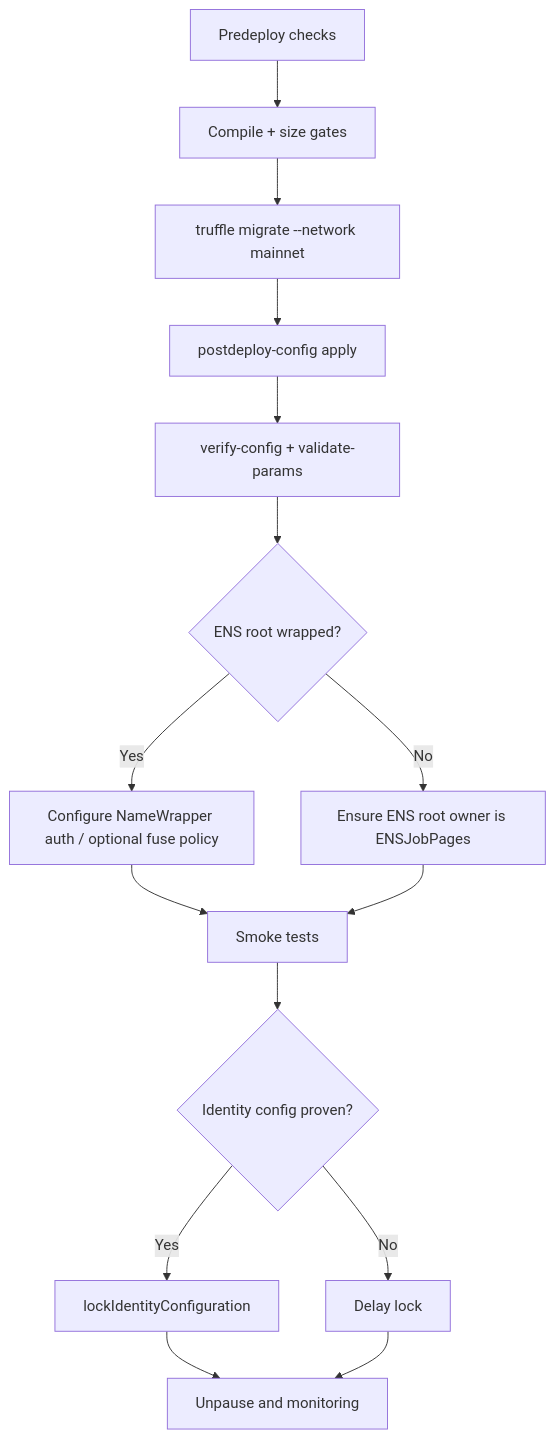
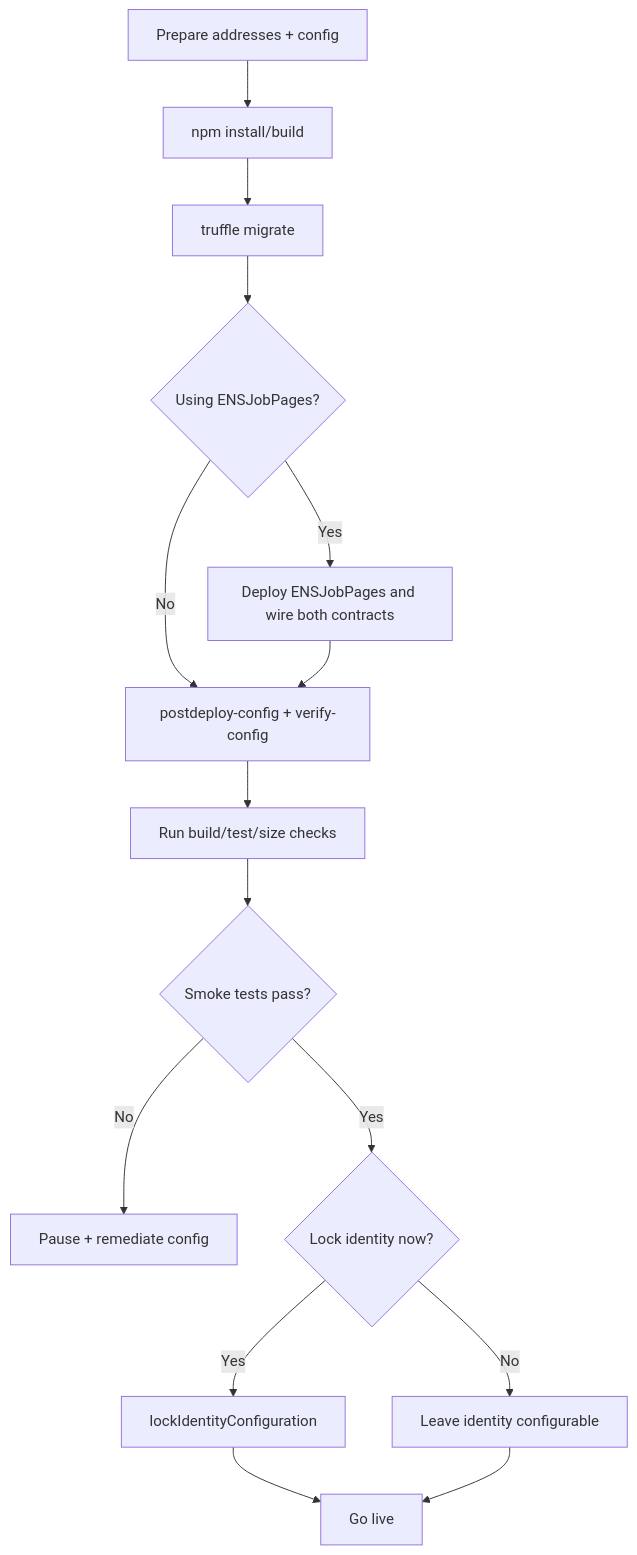
Before and after one commit to MontrealAI/AGIJobManager: the diagram in docs/DEPLOY_RUNBOOK.md, drawn with Mermaid. The commit also changed other lines of this file and 10 other files, not shown here.

````diff
--- a/docs/DEPLOY_RUNBOOK.md
+++ b/docs/DEPLOY_RUNBOOK.md
@@ -5,17 +111,17 @@
 ```mermaid
 flowchart TD
-    A[Predeploy checks] --> B[Compile + size gates]
-    B --> C[truffle migrate --network mainnet]
-    C --> D[postdeploy-config apply]
-    D --> E[verify-config + validate-params]
-    E --> F{ENS root wrapped?}
-    F -->|Yes| G[Configure NameWrapper auth / optional fuse policy]
-    F -->|No| H[Ensure ENS root owner is ENSJobPages]
-    G --> I[Smoke tests]
-    H --> I
-    I --> J{Identity config proven?}
-    J -->|Yes| K[lockIdentityConfiguration]
-    J -->|No| L[Delay lock]
-    K --> M[Unpause and monitoring]
+    A[Prepare addresses + config] --> B[npm install/build]
+    B --> C[truffle migrate]
+    C --> D{Using ENSJobPages?}
+    D -- No --> F[postdeploy-config + verify-config]
+    D -- Yes --> E[Deploy ENSJobPages and wire both contracts]
+    E --> F
+    F --> G[Run build/test/size checks]
+    G --> H{Smoke tests pass?}
+    H -- No --> I[Pause + remediate config]
+    H -- Yes --> J{Lock identity now?}
+    J -- Yes --> K[lockIdentityConfiguration]
+    J -- No --> L[Leave identity configurable]
+    K --> M[Go live]
     L --> M
 ```
````
